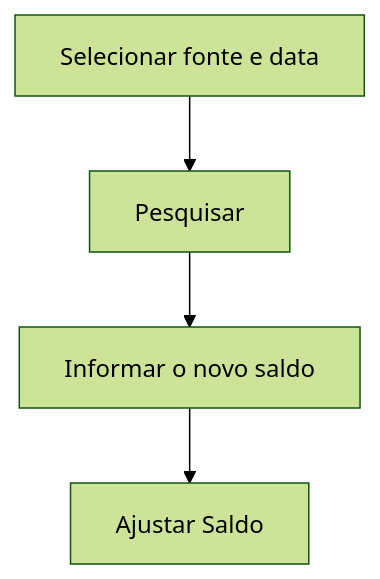
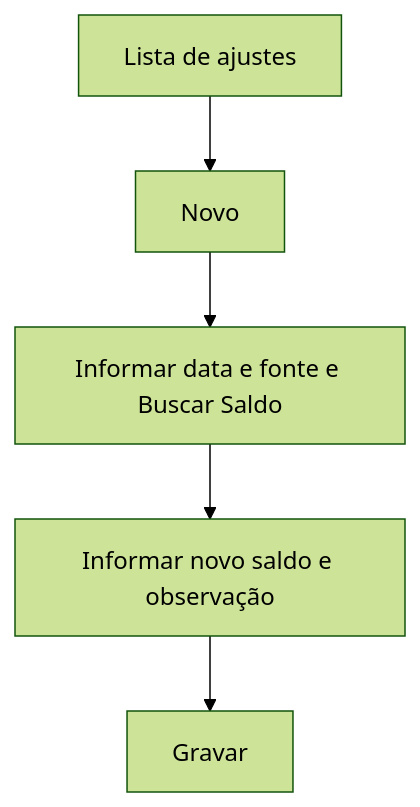
Before and after one commit to rlopeslameira/harpia-docs: the diagram in docs/financeiro/ajusta-saldo-final-dia.md, drawn with Mermaid (forest theme). The commit also changed other lines of this file and 56 other files, not shown here.

````diff
--- a/docs/financeiro/ajusta-saldo-final-dia.md
+++ b/docs/financeiro/ajusta-saldo-final-dia.md
@@ -95,6 +116,7 @@
 ```mermaid
 flowchart TD
-    A[Selecionar fonte e data] --> B[Pesquisar]
-    B --> C[Informar o novo saldo]
-    C --> D[Ajustar Saldo]
+    A[Lista de ajustes] --> N[Novo]
+    N --> B[Informar data e fonte e Buscar Saldo]
+    B --> C[Informar novo saldo e observação]
+    C --> D[Gravar]
 ```
````
